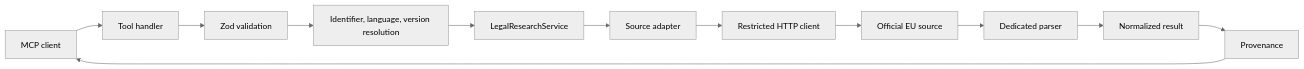
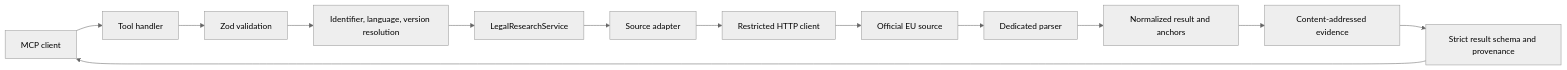
The diagram in eurmcp/03 Internals/Architecture.md (hatt-io/eurmcp), drawn with Mermaid (neutral theme) before and after one commit. The commit also changed other lines of this file and 73 other files, not shown here.

````diff
--- a/eurmcp/03 Internals/Architecture.md
+++ b/eurmcp/03 Internals/Architecture.md
@@ -14,14 +14,15 @@
 ```mermaid
 flowchart LR
   C[MCP client] --> T[Tool handler]
   T --> V[Zod validation]
   V --> I[Identifier, language, version resolution]
   I --> S[LegalResearchService]
   S --> A[Source adapter]
   A --> H[Restricted HTTP client]
   H --> U[Official EU source]
   U --> P[Dedicated parser]
-  P --> N[Normalized result]
-  N --> R[Provenance]
+  P --> N[Normalized result and anchors]
+  N --> E[Content-addressed evidence]
+  E --> R[Strict result schema and provenance]
   R --> C
 ```
````
